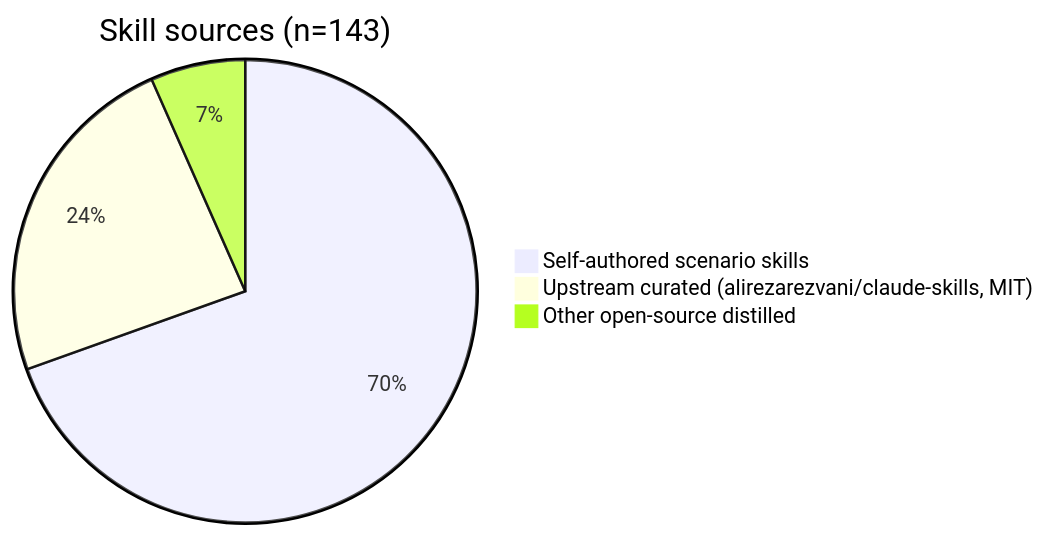
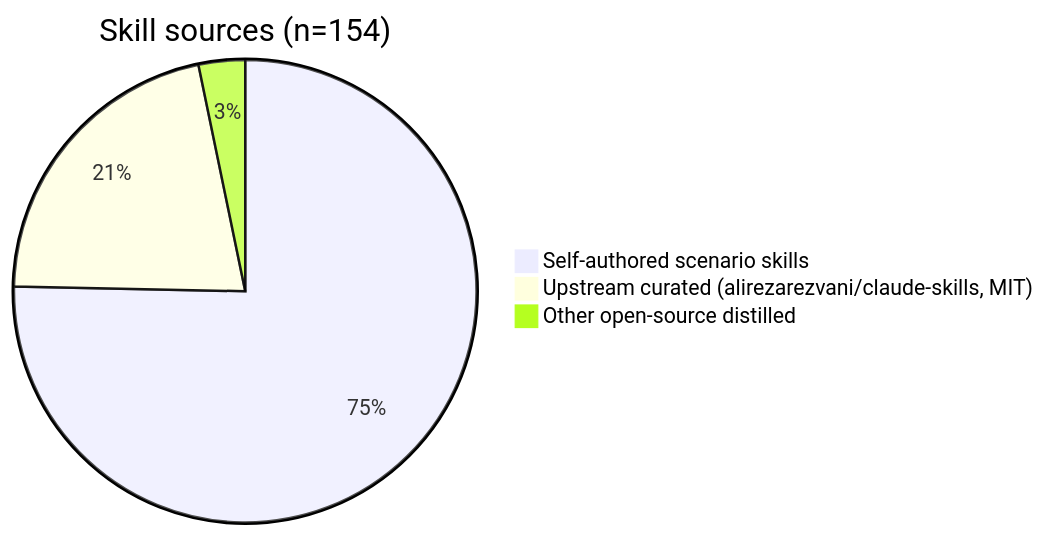
One commit to Morningstar202604/awesome-skillkit changed the second of 3 diagrams in README.md. Above: the diagram before and after it, drawn with Mermaid. The commit also changed other lines of this file and 37 other files, not shown here.

````diff
--- a/README.md
+++ b/README.md
@@ -60,6 +60,6 @@
 ```mermaid
-pie title Skill sources (n=143)
-    "Self-authored scenario skills" : 105
-    "Upstream curated (alirezarezvani/claude-skills, MIT)" : 36
-    "Other open-source distilled" : 10
+pie title Skill sources (n=154)
+    "Self-authored scenario skills" : 116
+    "Upstream curated (alirezarezvani/claude-skills, MIT)" : 33
+    "Other open-source distilled" : 5
 ```
````
